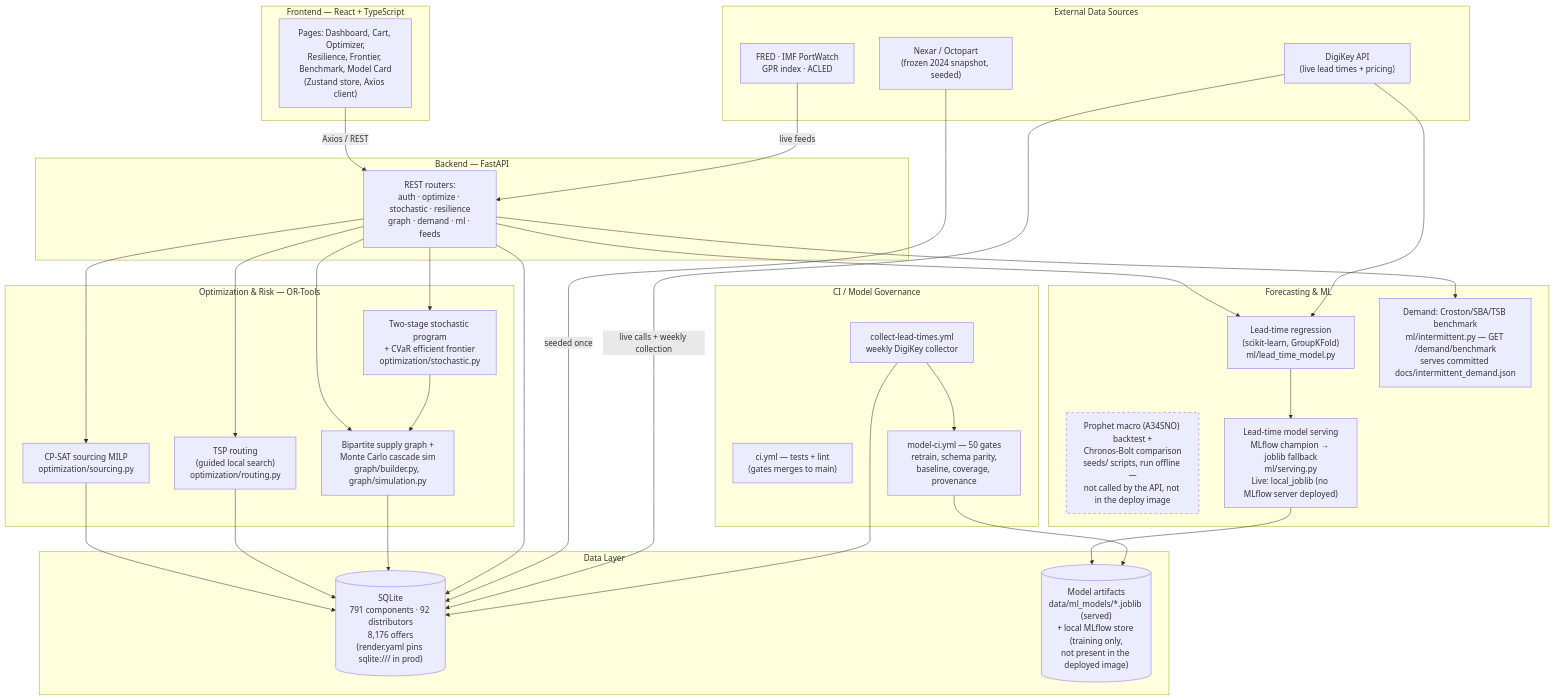
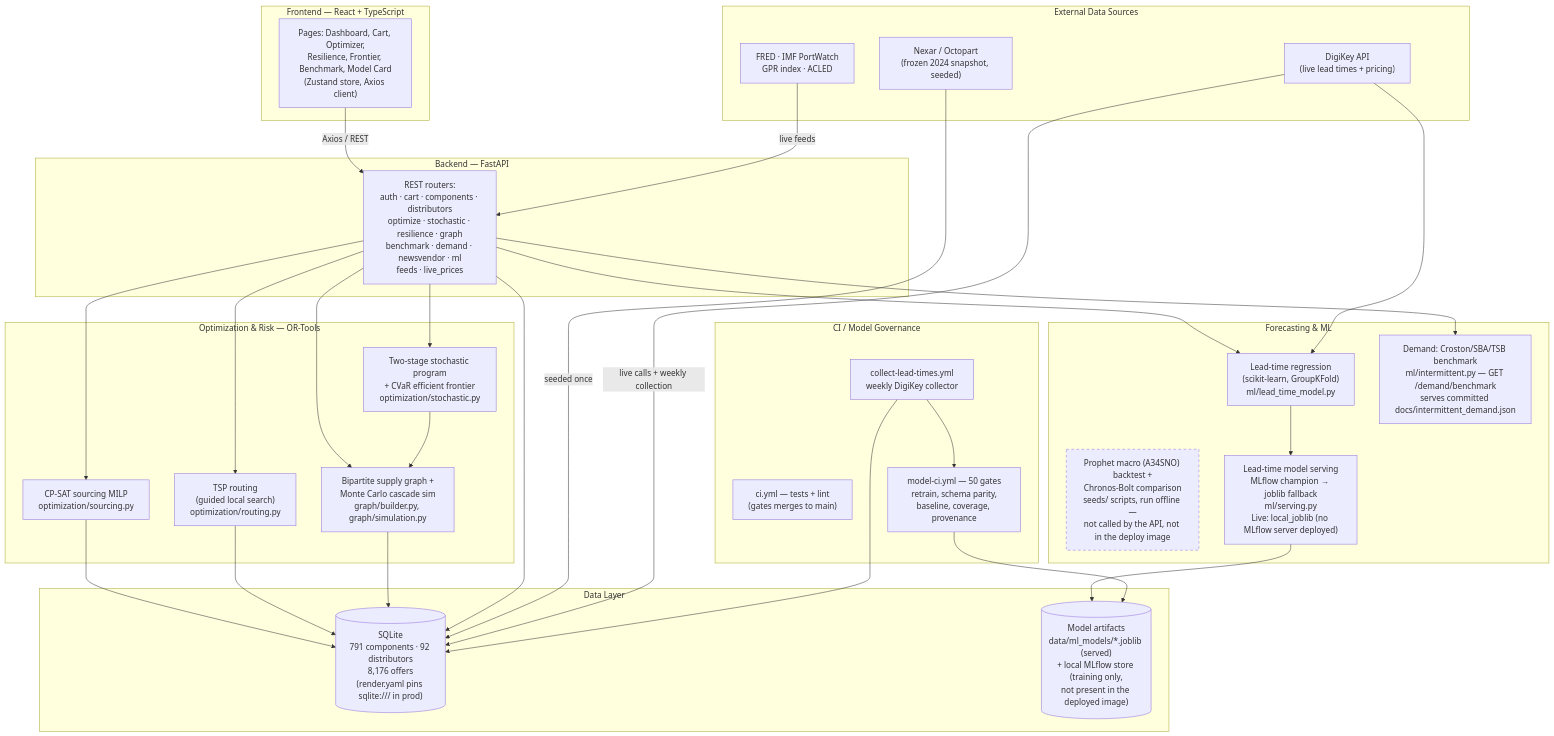
The diagram in README.md (ApagPlayz/supply-chain-optimizer), drawn with Mermaid before and after one commit. The commit also changed other lines of this file and 17 other files, not shown here.

````diff
--- a/README.md
+++ b/README.md
@@ -303,66 +309,66 @@
 ```mermaid
 flowchart TB
     subgraph FE["Frontend — React + TypeScript"]
         UI["Pages: Dashboard, Cart, Optimizer,<br/>Resilience, Frontier, Benchmark, Model Card<br/>(Zustand store, Axios client)"]
     end
 
     subgraph BE["Backend — FastAPI"]
-        API["REST routers:<br/>auth · optimize · stochastic · resilience<br/>graph · demand · ml · feeds"]
+        API["REST routers:<br/>auth · cart · components · distributors<br/>optimize · stochastic · resilience · graph<br/>benchmark · demand · newsvendor · ml<br/>feeds · live_prices"]
     end
 
     subgraph OPT["Optimization & Risk — OR-Tools"]
         SOURCING["CP-SAT sourcing MILP<br/>optimization/sourcing.py"]
         ROUTING["TSP routing<br/>(guided local search)<br/>optimization/routing.py"]
         STOCH["Two-stage stochastic program<br/>+ CVaR efficient frontier<br/>optimization/stochastic.py"]
         GRAPHSIM["Bipartite supply graph +<br/>Monte Carlo cascade sim<br/>graph/builder.py, graph/simulation.py"]
     end
 
     subgraph ML["Forecasting & ML"]
         LEADTIME["Lead-time regression<br/>(scikit-learn, GroupKFold)<br/>ml/lead_time_model.py"]
         DEMAND["Demand: Croston/SBA/TSB benchmark<br/>ml/intermittent.py — GET /demand/benchmark<br/>serves committed docs/intermittent_demand.json"]
         OFFLINE["Prophet macro (A34SNO) backtest +<br/>Chronos-Bolt comparison<br/>seeds/ scripts, run offline —<br/>not called by the API, not in the deploy image"]
         SERVING["Lead-time model serving<br/>MLflow champion → joblib fallback<br/>ml/serving.py<br/>Live: local_joblib (no MLflow server deployed)"]
     end
 
     subgraph DATA["Data Layer"]
         DB[("SQLite<br/>791 components · 92 distributors<br/>8,176 offers<br/>(render.yaml pins sqlite:/// in prod)")]
         ARTIFACTS[("Model artifacts<br/>data/ml_models/*.joblib (served)<br/>+ local MLflow store (training only,<br/>not present in the deployed image)")]
     end
 
     subgraph EXT["External Data Sources"]
         NEXAR["Nexar / Octopart<br/>(frozen 2024 snapshot, seeded)"]
         DIGIKEY["DigiKey API<br/>(live lead times + pricing)"]
         MACRO["FRED · IMF PortWatch<br/>GPR index · ACLED"]
     end
 
     subgraph CICD["CI / Model Governance"]
         CI["ci.yml — tests + lint<br/>(gates merges to main)"]
         MODELCI["model-ci.yml — 50 gates<br/>retrain, schema parity,<br/>baseline, coverage, provenance"]
         COLLECTOR["collect-lead-times.yml<br/>weekly DigiKey collector"]
     end
 
     UI -->|Axios / REST| API
     API --> SOURCING
     API --> ROUTING
     API --> STOCH
     API --> GRAPHSIM
     API --> LEADTIME
     API --> DEMAND
     STOCH --> GRAPHSIM
     SOURCING --> DB
     ROUTING --> DB
     GRAPHSIM --> DB
     API --> DB
     LEADTIME --> SERVING
     SERVING --> ARTIFACTS
     NEXAR -->|seeded once| DB
     DIGIKEY -->|live calls + weekly collection| DB
     DIGIKEY --> LEADTIME
     MACRO -->|live feeds| API
     COLLECTOR --> DB
     COLLECTOR --> MODELCI
     MODELCI --> ARTIFACTS
 
     classDef offline stroke-dasharray: 5 5;
     class OFFLINE offline;
 ```
````
